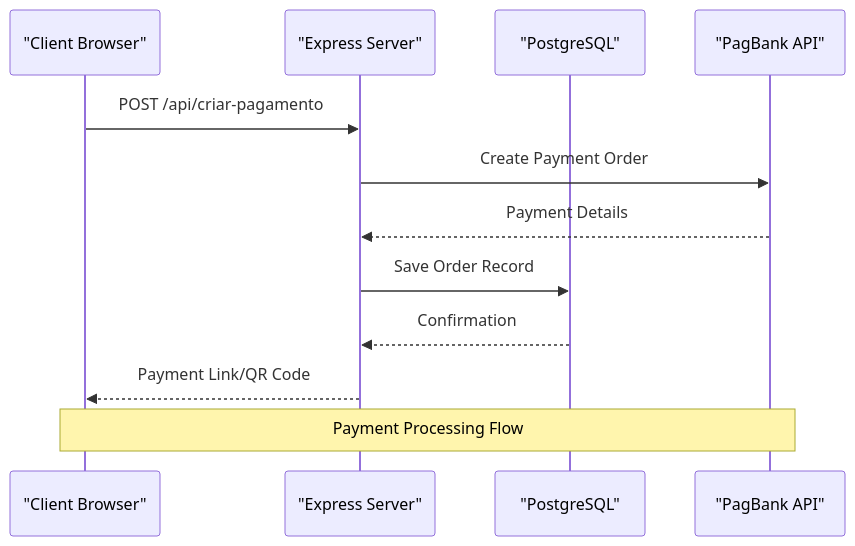
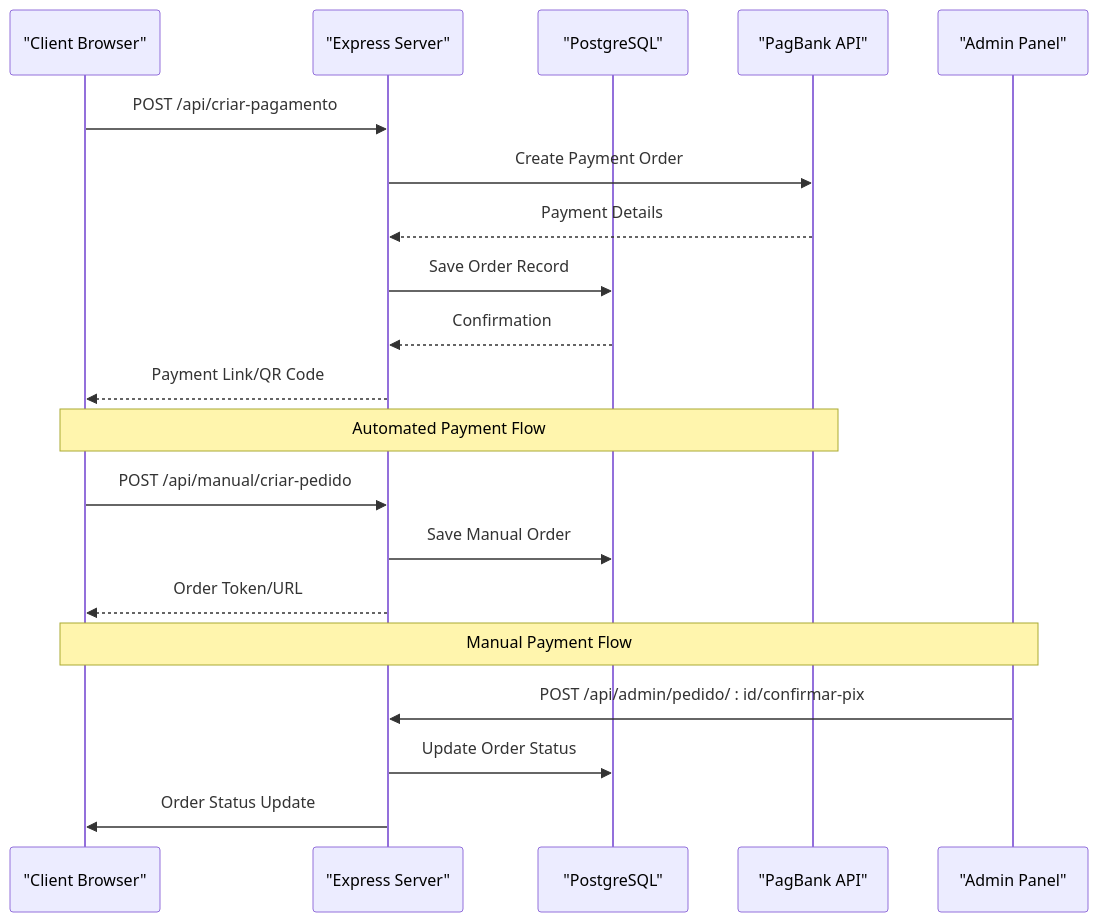
One commit to Alexandrexicara/qretiquetas.com changed the fourth of 17 diagrams in .qoder/repowiki/en/content/Project Overview/Technical Architecture Overview.md. Above: the diagram before and after it, drawn with Mermaid. The commit also changed other lines of this file and 6 other files, not shown here.

````diff
--- a/.qoder/repowiki/en/content/Project Overview/Technical Architecture Overview.md
+++ b/.qoder/repowiki/en/content/Project Overview/Technical Architecture Overview.md
@@ -198,14 +242,22 @@
 ```mermaid
 sequenceDiagram
 participant Client as "Client Browser"
 participant Server as "Express Server"
 participant Database as "PostgreSQL"
 participant PagBank as "PagBank API"
+participant AdminPanel as "Admin Panel"
 Client->>Server : POST /api/criar-pagamento
 Server->>PagBank : Create Payment Order
 PagBank-->>Server : Payment Details
 Server->>Database : Save Order Record
 Database-->>Server : Confirmation
 Server-->>Client : Payment Link/QR Code
-Note over Client,PagBank : Payment Processing Flow
+Note over Client,PagBank : Automated Payment Flow
+Client->>Server : POST /api/manual/criar-pedido
+Server->>Database : Save Manual Order
+Server-->>Client : Order Token/URL
+Note over Client,AdminPanel : Manual Payment Flow
+AdminPanel->>Server : POST /api/admin/pedido/ : id/confirmar-pix
+Server->>Database : Update Order Status
+Server->>Client : Order Status Update
 ```
````
